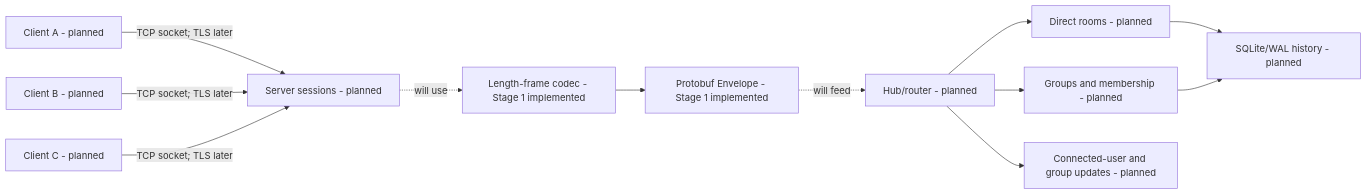
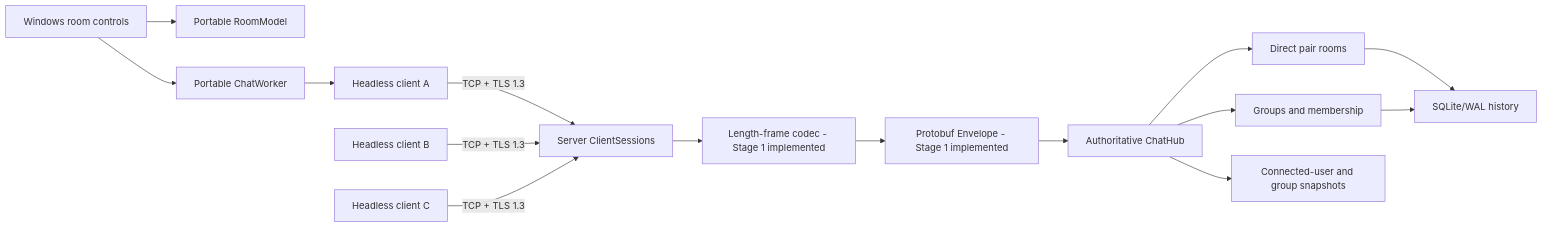
The diagram in docs/architecture.md (Champy2005/Network_Term_Project), drawn with Mermaid before and after one commit. The commit also changed other lines of this file and 125 other files, not shown here.

Commit message:
Add chat server, clients, persistence, recovery, and TLS

````diff
--- a/docs/architecture.md
+++ b/docs/architecture.md
@@ -22,14 +26,17 @@
 ```mermaid
 flowchart LR
-    A[Client A - planned] -->|TCP socket; TLS later| S[Server sessions - planned]
-    B[Client B - planned] -->|TCP socket; TLS later| S
-    C[Client C - planned] -->|TCP socket; TLS later| S
-    S -. will use .-> F[Length-frame codec - Stage 1 implemented]
+    UI[Windows room controls] --> M[Portable RoomModel]
+    UI --> W[Portable ChatWorker]
+    W --> A
+    A[Headless client A] -->|TCP + TLS 1.3| S[Server ClientSessions]
+    B[Headless client B] -->|TCP + TLS 1.3| S
+    C[Headless client C] -->|TCP + TLS 1.3| S
+    S --> F[Length-frame codec - Stage 1 implemented]
     F --> P[Protobuf Envelope - Stage 1 implemented]
-    P -. will feed .-> H[Hub/router - planned]
-    H --> D[Direct rooms - planned]
-    H --> G[Groups and membership - planned]
-    H --> U[Connected-user and group updates - planned]
-    D --> DB[SQLite/WAL history - planned]
+    P --> H[Authoritative ChatHub]
+    H --> D[Direct pair rooms]
+    H --> G[Groups and membership]
+    H --> U[Connected-user and group snapshots]
+    D --> DB[SQLite/WAL history]
     G --> DB
 ```
````
